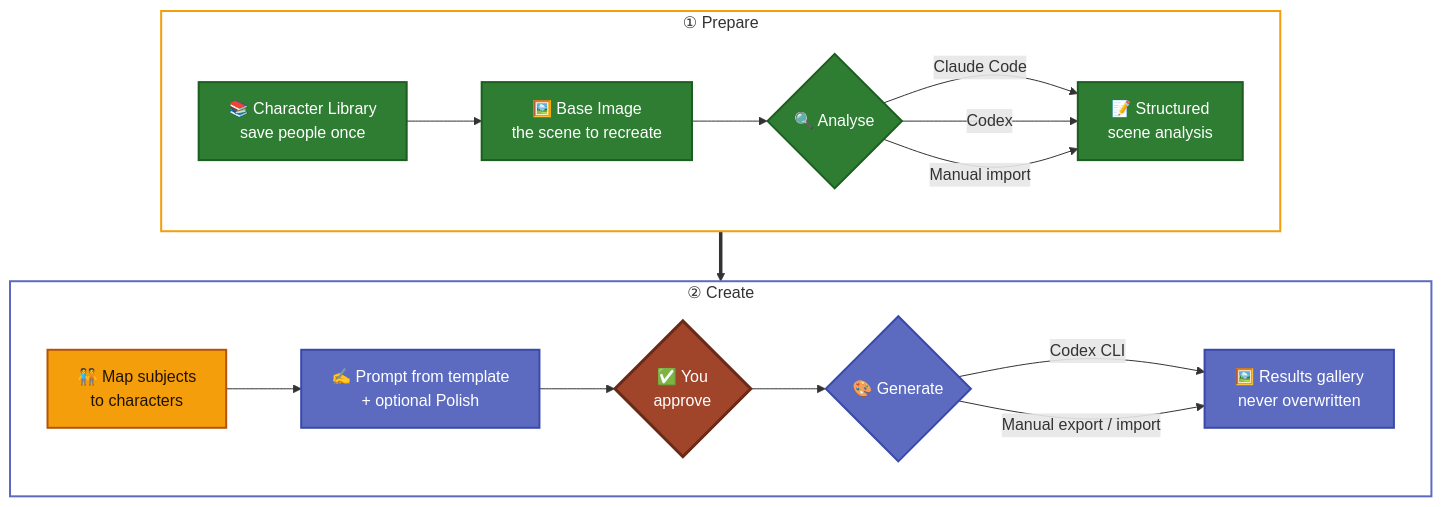
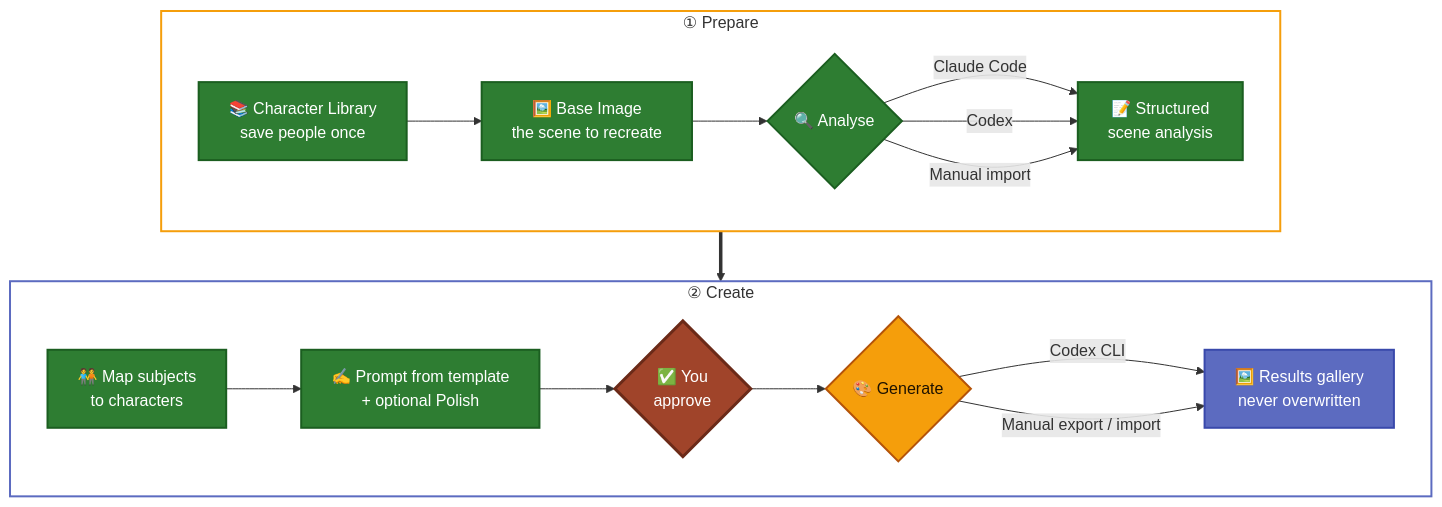
Before and after one commit to CyberSecurityChuck/Character-Studio: the first of 3 diagrams in README.md, drawn with Mermaid. The commit also changed other lines of this file and 31 other files, not shown here.

````diff
--- a/README.md
+++ b/README.md
@@ -61,27 +62,27 @@
 ```mermaid
 flowchart TB
     subgraph PREP["① Prepare"]
         direction LR
         A["📚 Character Library<br/>save people once"]:::done --> B["🖼️ Base Image<br/>the scene to recreate"]:::done
         B --> C{"🔍 Analyse"}:::done
         C -->|Claude Code| D["📝 Structured<br/>scene analysis"]:::done
         C -->|Codex| D
         C -->|Manual import| D
     end
     subgraph CREATE["② Create"]
         direction LR
-        E["🧑‍🤝‍🧑 Map subjects<br/>to characters"]:::next --> F["✍️ Prompt from template<br/>+ optional Polish"]:::planned
+        E["🧑‍🤝‍🧑 Map subjects<br/>to characters"]:::done --> F["✍️ Prompt from template<br/>+ optional Polish"]:::done
         F --> G{"✅ You<br/>approve"}:::approve
-        G --> H{"🎨 Generate"}:::planned
+        G --> H{"🎨 Generate"}:::next
         H -->|Codex CLI| I["🖼️ Results gallery<br/>never overwritten"]:::planned
         H -->|Manual export / import| I
     end
     PREP ==> CREATE
     style PREP fill:transparent,stroke:#F59E0B,stroke-width:2px
     style CREATE fill:transparent,stroke:#5C6BC0,stroke-width:2px
 
     classDef done fill:#2E7D32,stroke:#1B5E20,color:#ffffff,stroke-width:2px
     classDef next fill:#F59E0B,stroke:#B45309,color:#1F1300,stroke-width:2px
     classDef planned fill:#5C6BC0,stroke:#3949AB,color:#ffffff,stroke-width:2px
     classDef approve fill:#A0442A,stroke:#6B2A18,color:#ffffff,stroke-width:3px
 ```
````
